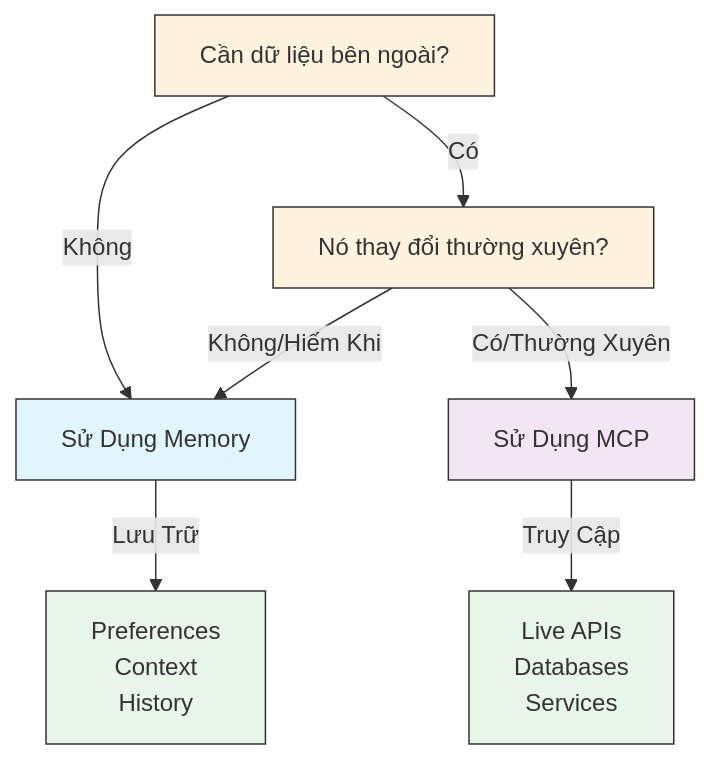
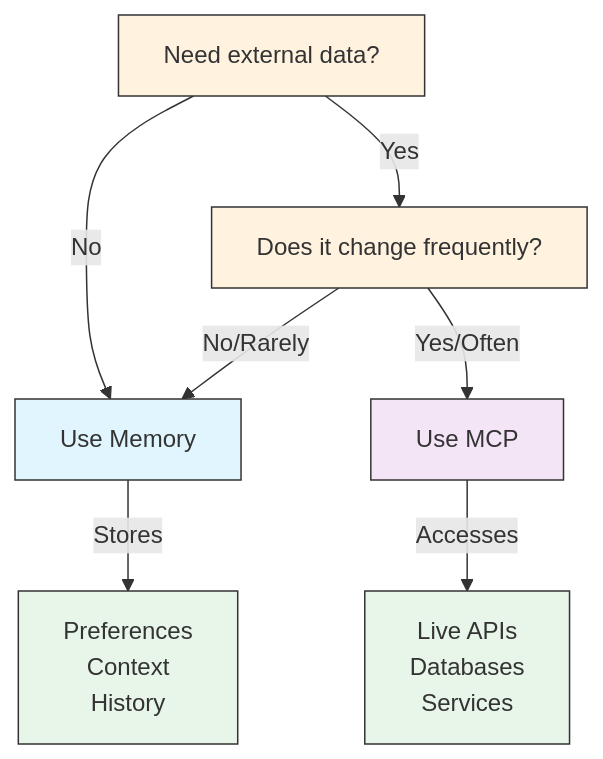
Before and after one commit to luongnv89/claude-howto: the fourth of 7 diagrams in vi/05-mcp/README.md, drawn with Mermaid. The commit also changed other lines of this file and 2 other files, not shown here.

Commit message:
docs(vi): sync 04-subagents and 05-mcp READMEs with English source

````diff
--- a/vi/05-mcp/README.md
+++ b/vi/05-mcp/README.md
@@ -622,18 +726,18 @@
 ```mermaid
 graph TD
-    A["Cần dữ liệu bên ngoài?"]
-    A -->|Không| B["Sử Dụng Memory"]
-    A -->|Có| C["Nó thay đổi thường xuyên?"]
-    C -->|Không/Hiếm Khi| B
-    C -->|Có/Thường Xuyên| D["Sử Dụng MCP"]
+    A["Need external data?"]
+    A -->|No| B["Use Memory"]
+    A -->|Yes| C["Does it change frequently?"]
+    C -->|No/Rarely| B
+    C -->|Yes/Often| D["Use MCP"]
 
-    B -->|Lưu Trữ| E["Preferences<br/>Context<br/>History"]
-    D -->|Truy Cập| F["Live APIs<br/>Databases<br/>Services"]
+    B -->|Stores| E["Preferences<br/>Context<br/>History"]
+    D -->|Accesses| F["Live APIs<br/>Databases<br/>Services"]
 
     style A fill:#fff3e0,stroke:#333,color:#333
     style B fill:#e1f5fe,stroke:#333,color:#333
     style C fill:#fff3e0,stroke:#333,color:#333
     style D fill:#f3e5f5,stroke:#333,color:#333
     style E fill:#e8f5e9,stroke:#333,color:#333
     style F fill:#e8f5e9,stroke:#333,color:#333
 ```
````
